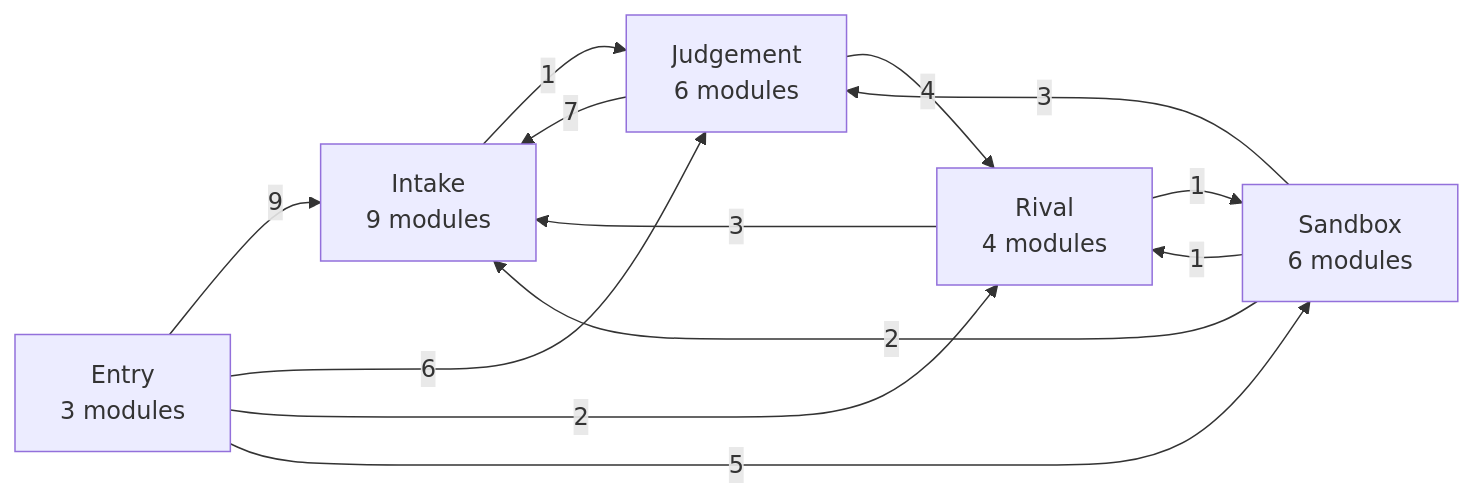
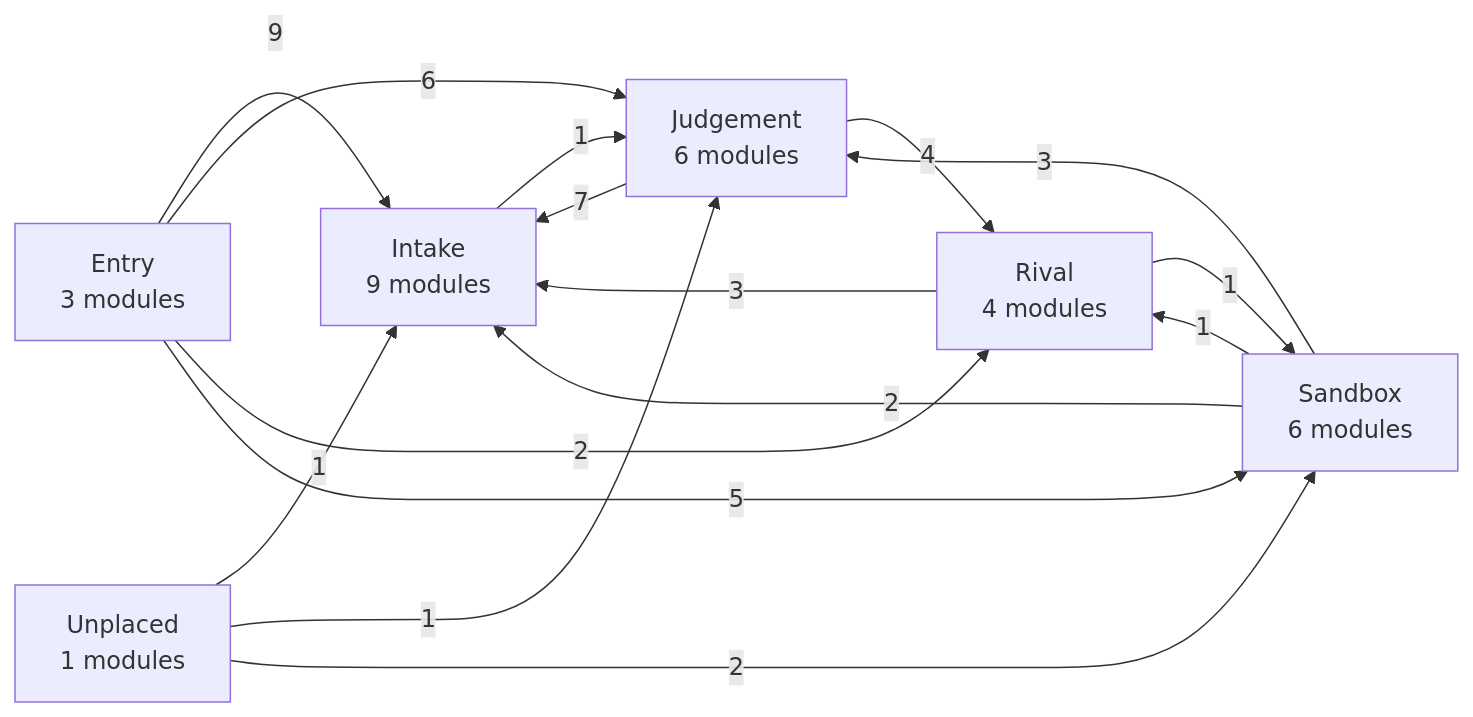
The second of 9 diagrams in docs/harita.md (Okan-wqm/snowball-mcp), drawn with Mermaid before and after one commit. The commit also changed other lines of this file and 5 other files, not shown here.

````diff
--- a/docs/harita.md
+++ b/docs/harita.md
@@ -84,20 +84,24 @@
 ```mermaid
 flowchart LR
   a_Entry["Entry<br/>3 modules"]
   a_Intake["Intake<br/>9 modules"]
   a_Sandbox["Sandbox<br/>6 modules"]
   a_Rival["Rival<br/>4 modules"]
   a_Judgement["Judgement<br/>6 modules"]
+  a_Unplaced["Unplaced<br/>1 modules"]
   a_Entry -->|9| a_Intake
   a_Entry -->|6| a_Judgement
   a_Entry -->|2| a_Rival
   a_Entry -->|5| a_Sandbox
   a_Intake -->|1| a_Judgement
   a_Judgement -->|7| a_Intake
   a_Judgement -->|4| a_Rival
   a_Rival -->|3| a_Intake
   a_Rival -->|1| a_Sandbox
   a_Sandbox -->|2| a_Intake
   a_Sandbox -->|3| a_Judgement
   a_Sandbox -->|1| a_Rival
+  a_Unplaced -->|1| a_Intake
+  a_Unplaced -->|1| a_Judgement
+  a_Unplaced -->|2| a_Sandbox
 ```
````
